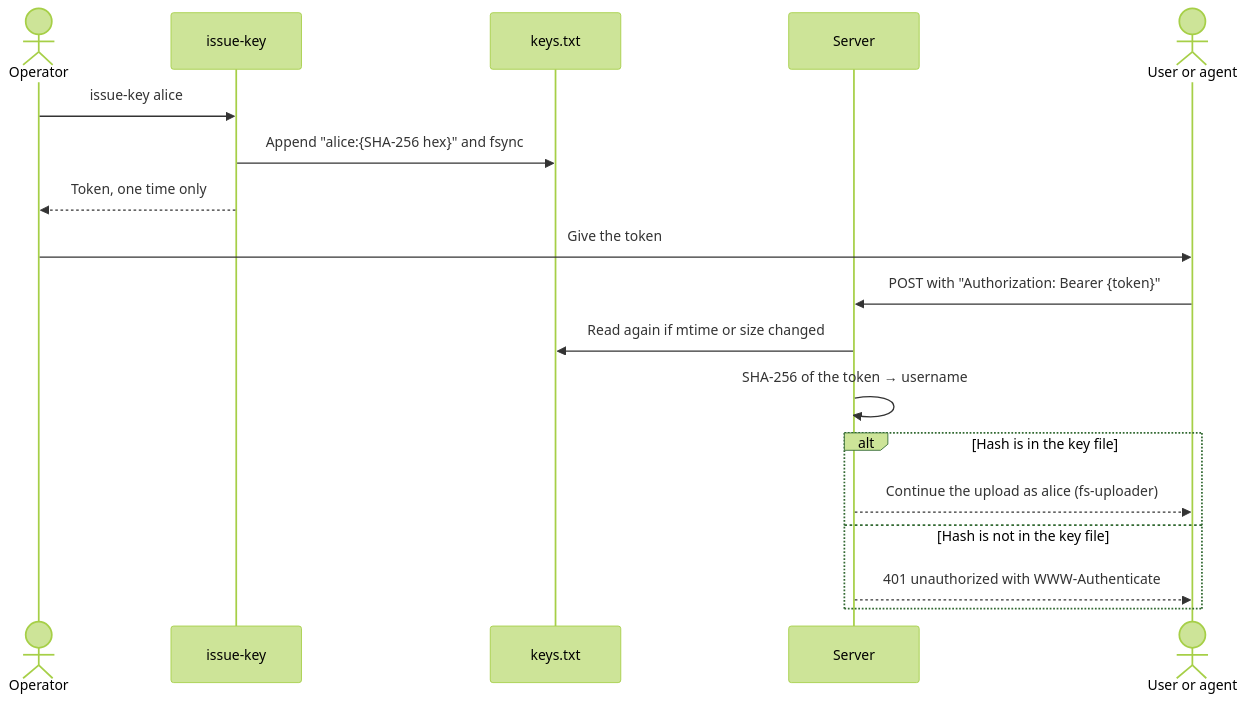
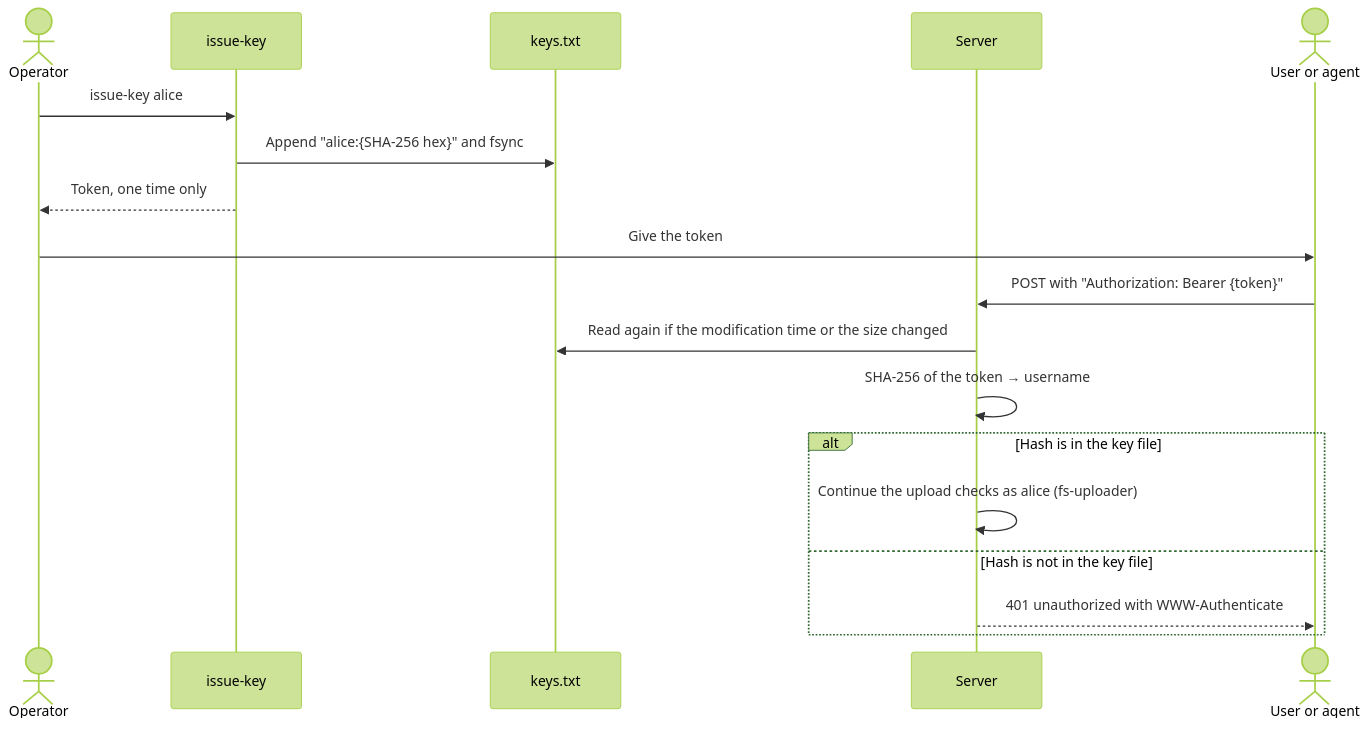
One commit to esukram/fileslop changed the diagram in docs/architecture/ADR-006.md. Above: the diagram before and after it, drawn with Mermaid (forest theme). The commit also changed other lines of this file and 4 other files, not shown here.

First line of the commit message:
docs: apply review findings to diagrams and auth header text

````diff
--- a/docs/architecture/ADR-006.md
+++ b/docs/architecture/ADR-006.md
@@ -31,20 +31,20 @@
 ```mermaid
 sequenceDiagram
   actor Op as Operator
   participant Cmd as issue-key
   participant Keys as keys.txt
   participant Server
   actor User as User or agent
   Op->>Cmd: issue-key alice
   Cmd->>Keys: Append "alice:{SHA-256 hex}" and fsync
   Cmd-->>Op: Token, one time only
   Op->>User: Give the token
   User->>Server: POST with "Authorization: Bearer {token}"
-  Server->>Keys: Read again if mtime or size changed
+  Server->>Keys: Read again if the modification time or the size changed
   Server->>Server: SHA-256 of the token → username
   alt Hash is in the key file
-    Server-->>User: Continue the upload as alice (fs-uploader)
+    Server->>Server: Continue the upload checks as alice (fs-uploader)
   else Hash is not in the key file
     Server-->>User: 401 unauthorized with WWW-Authenticate
   end
 ```
````
